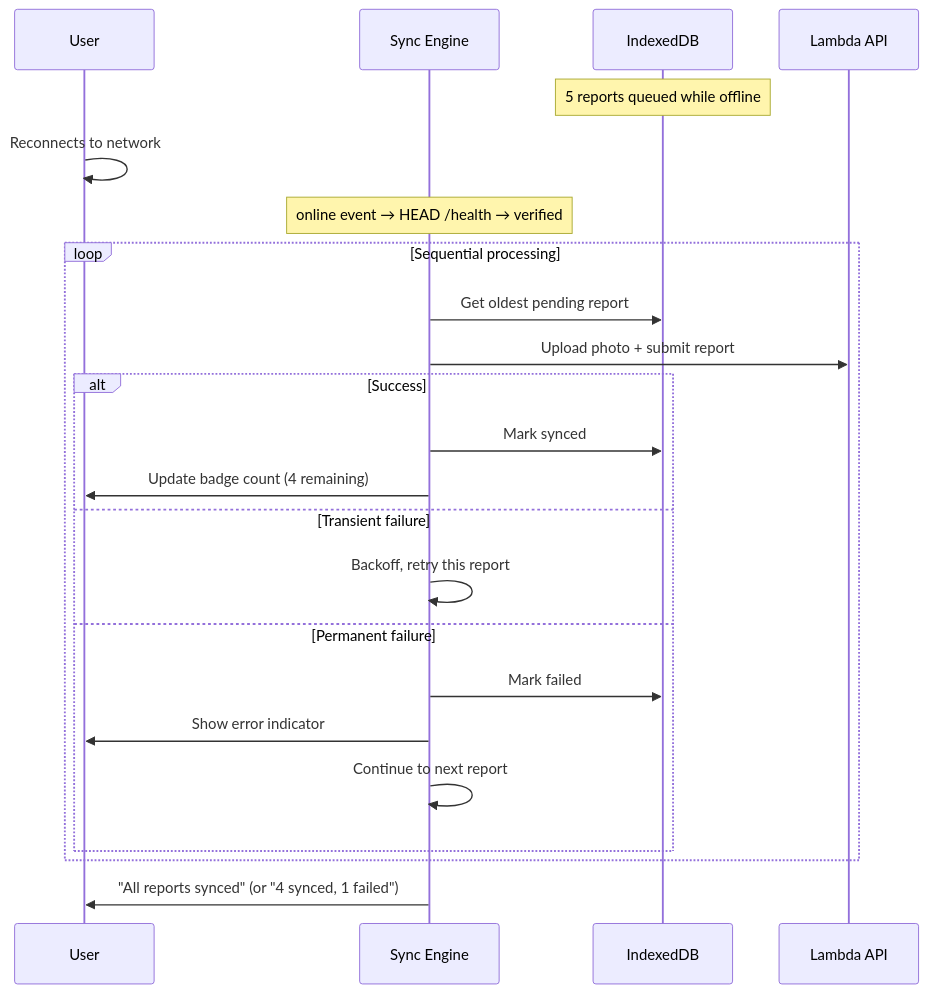
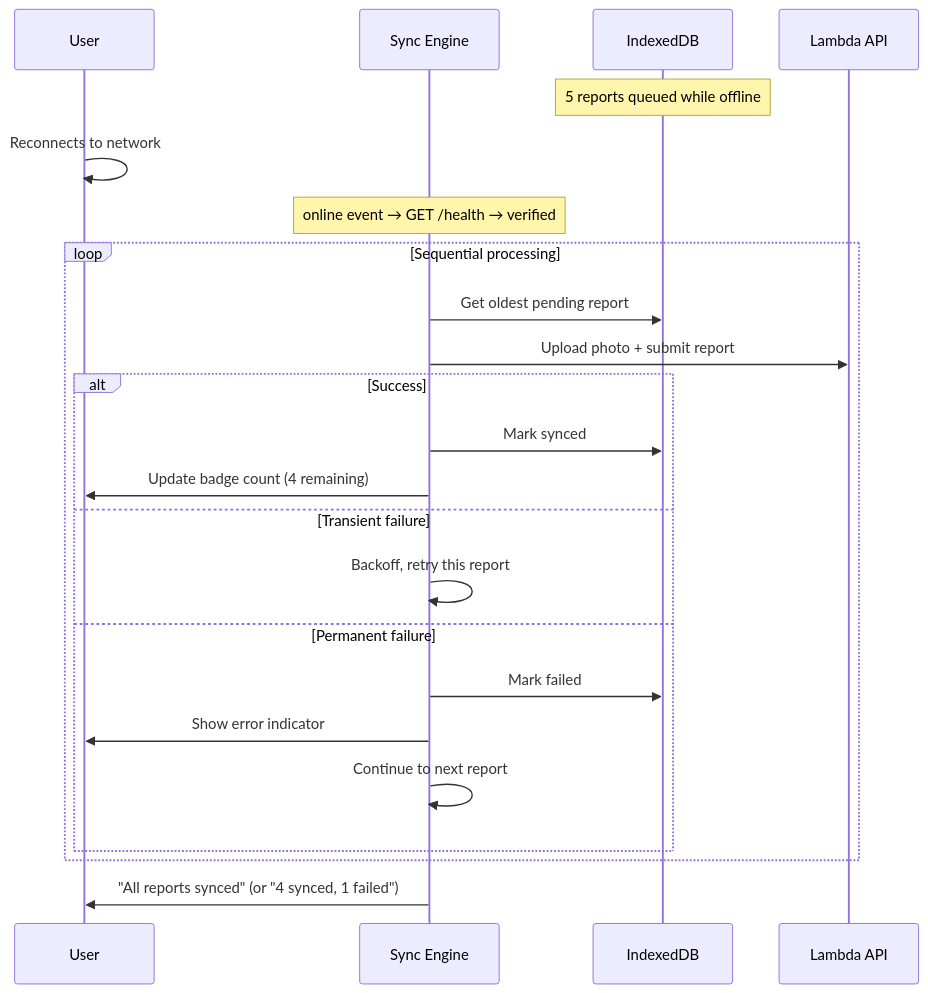
Before and after one commit to foad/terra: the eighth of 10 diagrams in docs/offline-connectivity-scenarios.md, drawn with Mermaid. The commit also changed other lines of this file and 3 other files, not shown here.

````diff
--- a/docs/offline-connectivity-scenarios.md
+++ b/docs/offline-connectivity-scenarios.md
@@ -200,29 +200,29 @@
 ```mermaid
 sequenceDiagram
     participant U as User
     participant Sync as Sync Engine
     participant IDB as IndexedDB
     participant API as Lambda API
 
     Note over IDB: 5 reports queued while offline
 
     U->>U: Reconnects to network
-    Note over Sync: online event → HEAD /health → verified
+    Note over Sync: online event → GET /health → verified
 
     loop Sequential processing
         Sync->>IDB: Get oldest pending report
         Sync->>API: Upload photo + submit report
         alt Success
             Sync->>IDB: Mark synced
             Sync->>U: Update badge count (4 remaining)
         else Transient failure
             Sync->>Sync: Backoff, retry this report
         else Permanent failure
             Sync->>IDB: Mark failed
             Sync->>U: Show error indicator
             Sync->>Sync: Continue to next report
         end
     end
 
     Sync->>U: "All reports synced" (or "4 synced, 1 failed")
 ```
````
